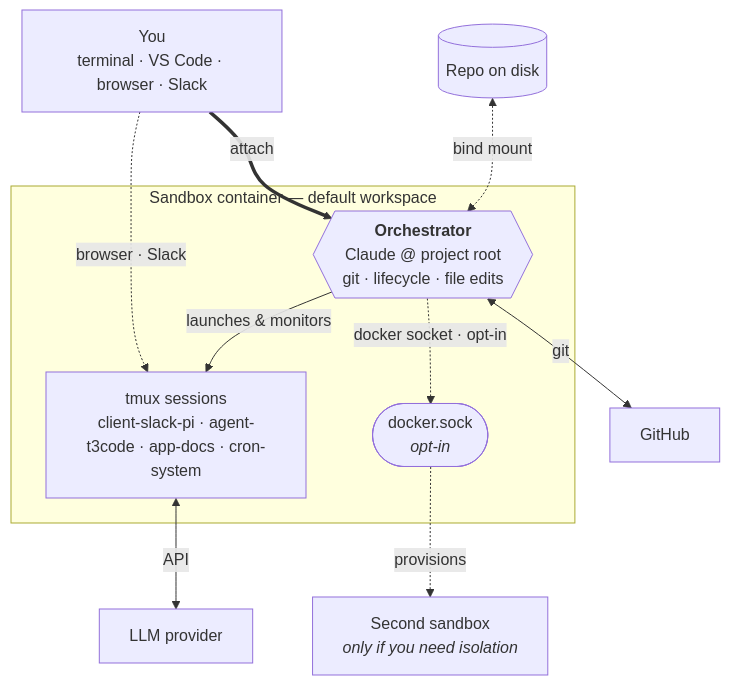
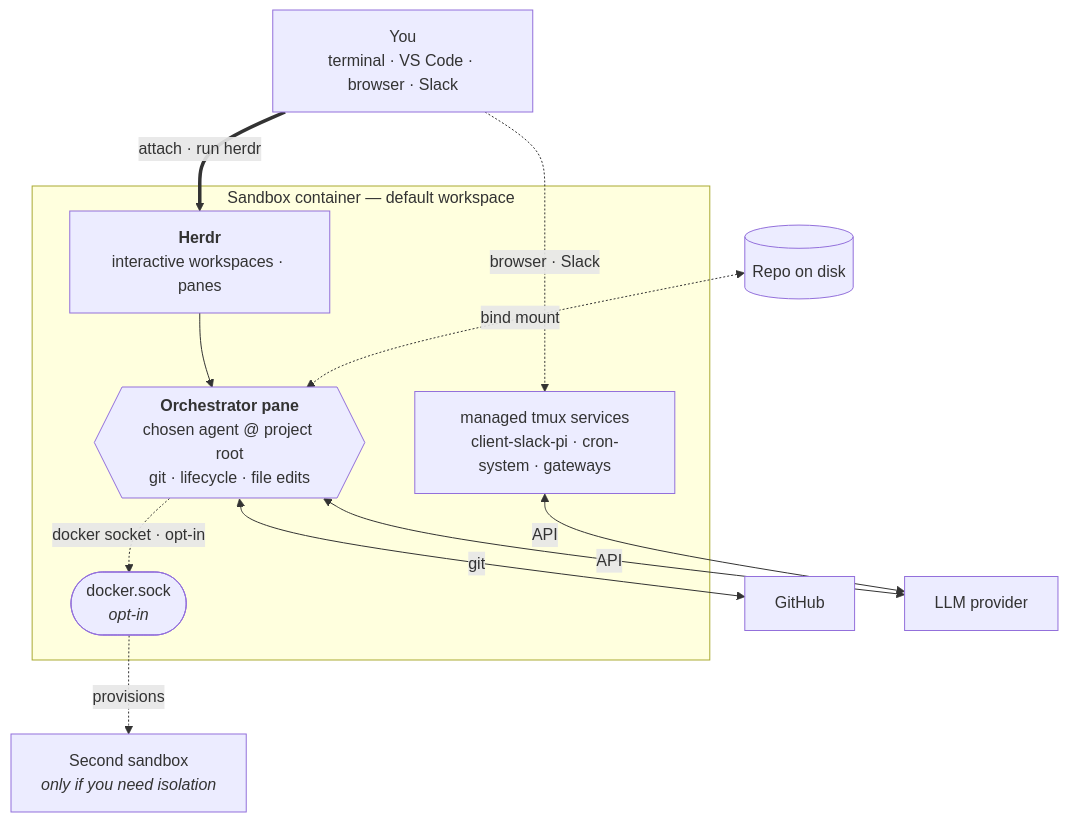
The diagram in docs/intro.md (mifunedev/openharness-web), drawn with Mermaid before and after one commit. The commit also changed other lines of this file and 18 other files, not shown here.

````diff
--- a/docs/intro.md
+++ b/docs/intro.md
@@ -59,24 +33,26 @@
 ```mermaid
 flowchart TB
     You["You<br/>terminal · VS Code · browser · Slack"]
     Repo[("Repo on disk")]
     GH["GitHub"]
     LLM["LLM provider"]
 
     subgraph sandbox["Sandbox container — default workspace"]
-        Orch{{"<b>Orchestrator</b><br/>Claude @ project root<br/>git · lifecycle · file edits"}}
-        Tmux["tmux sessions<br/>client-slack-pi · agent-t3code · app-docs · cron-system"]
+        Herdr["<b>Herdr</b><br/>interactive workspaces · panes"]
+        Orch{{"<b>Orchestrator pane</b><br/>chosen agent @ project root<br/>git · lifecycle · file edits"}}
+        Tmux["managed tmux services<br/>client-slack-pi · cron-system · gateways"]
         Sock(["docker.sock<br/><i>opt-in</i>"])
     end
 
     Sb2["Second sandbox<br/><i>only if you need isolation</i>"]
 
-    You ==>|attach| Orch
+    You ==>|attach · run herdr| Herdr
+    Herdr --> Orch
     You -.->|browser · Slack| Tmux
     Repo <-.->|bind mount| Orch
-    Orch -->|launches & monitors| Tmux
     Orch <-->|git| GH
+    Orch <-->|API| LLM
     Tmux <-->|API| LLM
     Orch -.->|docker socket · opt-in| Sock
     Sock -.->|provisions| Sb2
 ```
````
